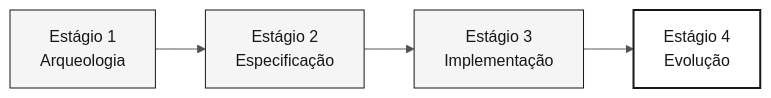
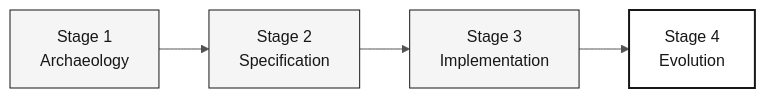
Before and after one commit to paulasilvatech/datacorp-mm-team-kit: the diagram in 05-personas/09-devops-engineer/PERSONA.md, drawn with Mermaid. The commit also changed other lines of this file and 44 other files, not shown here.

````diff
--- a/05-personas/09-devops-engineer/PERSONA.md
+++ b/05-personas/09-devops-engineer/PERSONA.md
@@ -32,11 +32,10 @@
 ```mermaid
 %%{init: {'theme':'neutral','themeVariables':{'fontFamily':'ui-sans-serif, system-ui, sans-serif','primaryColor':'#F5F5F5','primaryTextColor':'#171717','primaryBorderColor':'#171717','lineColor':'#525252','secondaryColor':'#FFFFFF','tertiaryColor':'#FAFAFA','background':'#FFFFFF'}}}%%
 flowchart LR
     classDef step fill:#F5F5F5,stroke:#171717,color:#171717
     classDef active fill:#FFFFFF,stroke:#171717,color:#171717,stroke-width:2px
     classDef muted fill:#FAFAFA,stroke:#A3A3A3,color:#404040
-
-    S1["Estágio 1<br/>Arqueologia"]:::step --> S2["Estágio 2<br/>Especificação"]:::step
-    S2 --> S3["Estágio 3<br/>Implementação"]:::step
-    S3 --> S4["Estágio 4<br/>Evolução"]:::active
+    S1["Stage 1<br/>Archaeology"]:::step --> S2["Stage 2<br/>Specification"]:::step
+    S2 --> S3["Stage 3<br/>Implementation"]:::step
+    S3 --> S4["Stage 4<br/>Evolution"]:::active
 ```
````
